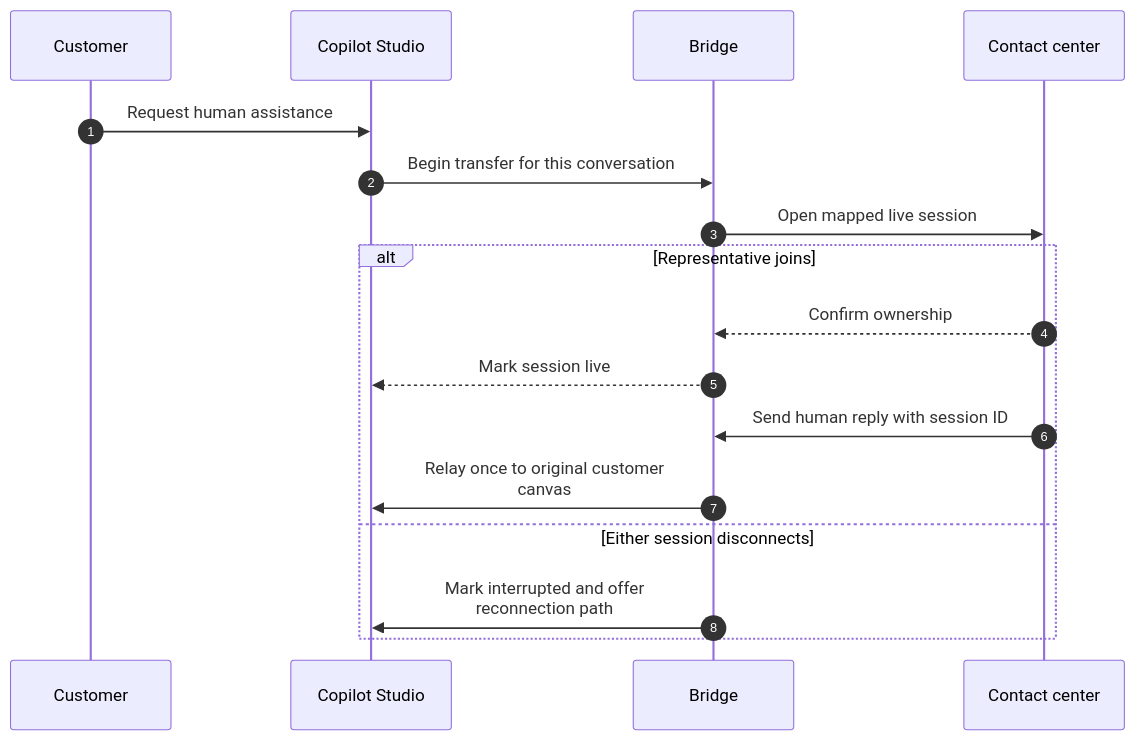
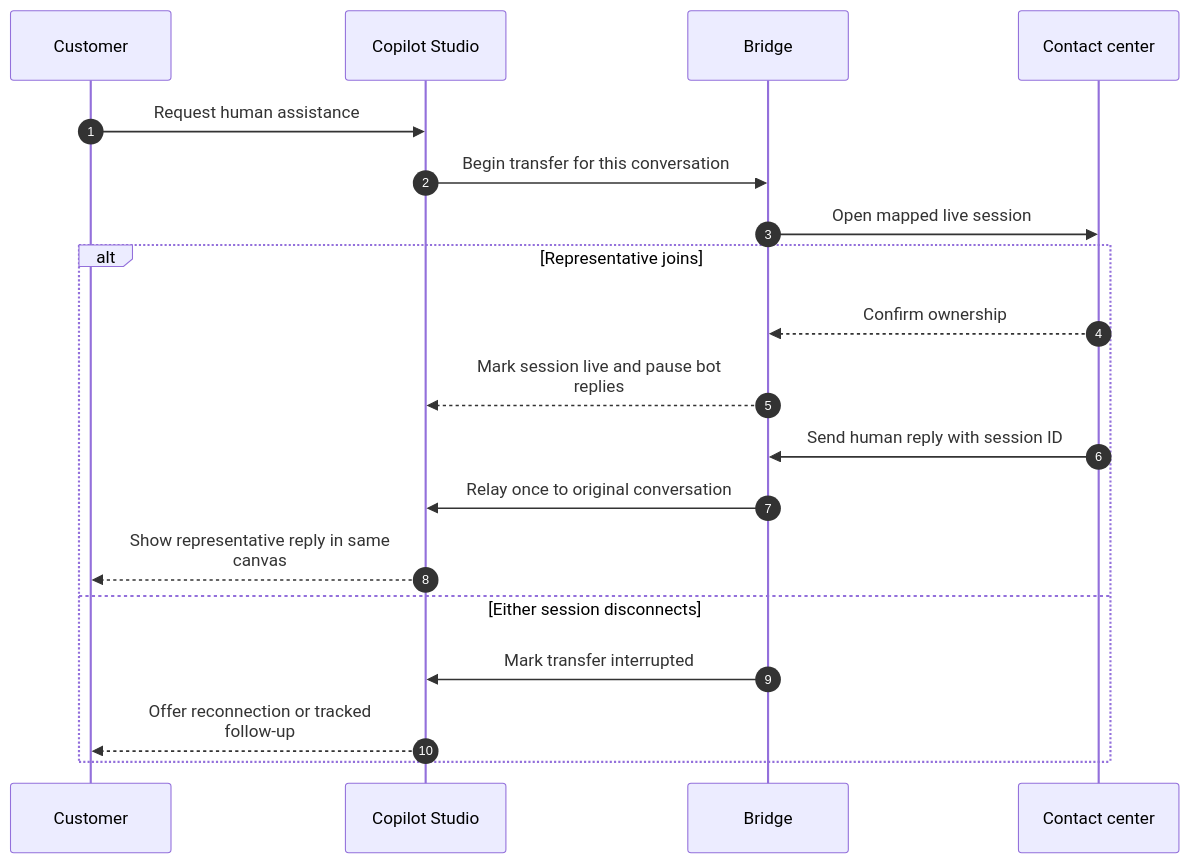
One commit to abhishek-ai-enabler/copilotstudio-architecture-patterns changed the second of 2 diagrams in decision-patterns/bot-front-handoff.md. Above: the diagram before and after it, drawn with Mermaid. The commit also changed other lines of this file and 41 other files, not shown here.

First line of the commit message:
Review diagrams: add return paths and fix flow accuracy

````diff
--- a/decision-patterns/bot-front-handoff.md
+++ b/decision-patterns/bot-front-handoff.md
@@ -34,20 +35,22 @@
 ```mermaid
 sequenceDiagram
     accTitle: Handoff 2: Copilot Studio in front (Bot-in-the-Loop) - technical flow
     autonumber
     participant U as Customer
     participant A as Copilot Studio
     participant B as Bridge
     participant Q as Contact center
     U->>A: Request human assistance
     A->>B: Begin transfer for this conversation
     B->>Q: Open mapped live session
     alt Representative joins
-        Q-->>B: Confirm ownership
-        B-->>A: Mark session live
-        Q->>B: Send human reply with session ID
-        B->>A: Relay once to original customer<br/>canvas
+      Q-->>B: Confirm ownership
+      B-->>A: Mark session live and pause bot<br/>replies
+      Q->>B: Send human reply with session ID
+      B->>A: Relay once to original conversation
+      A-->>U: Show representative reply in same<br/>canvas
     else Either session disconnects
-        B->>A: Mark interrupted and offer<br/>reconnection path
+      B->>A: Mark transfer interrupted
+      A-->>U: Offer reconnection or tracked<br/>follow-up
     end
 ```
````
